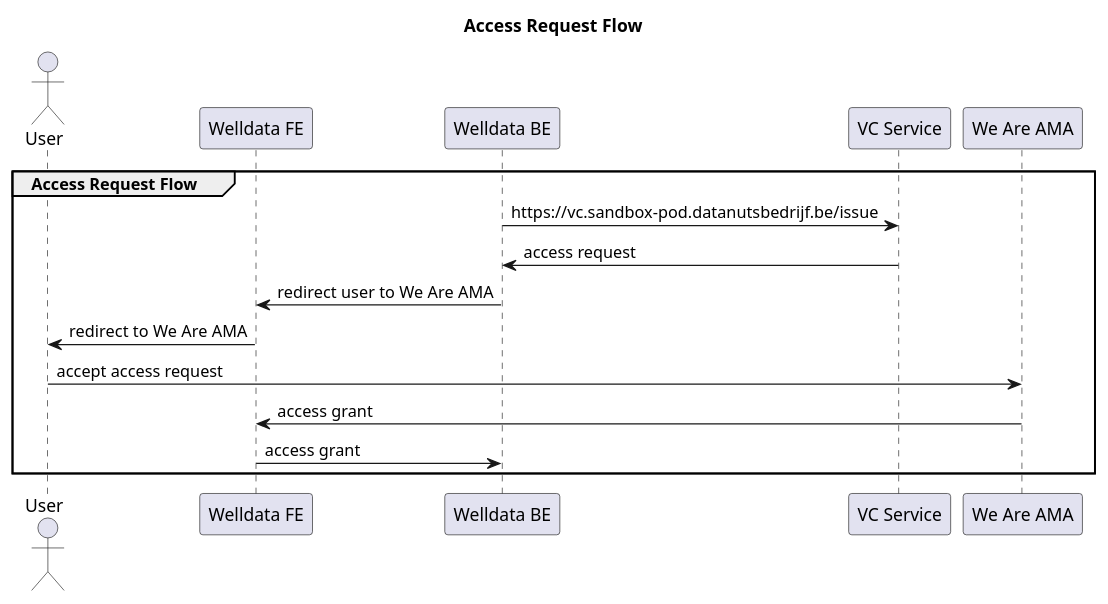
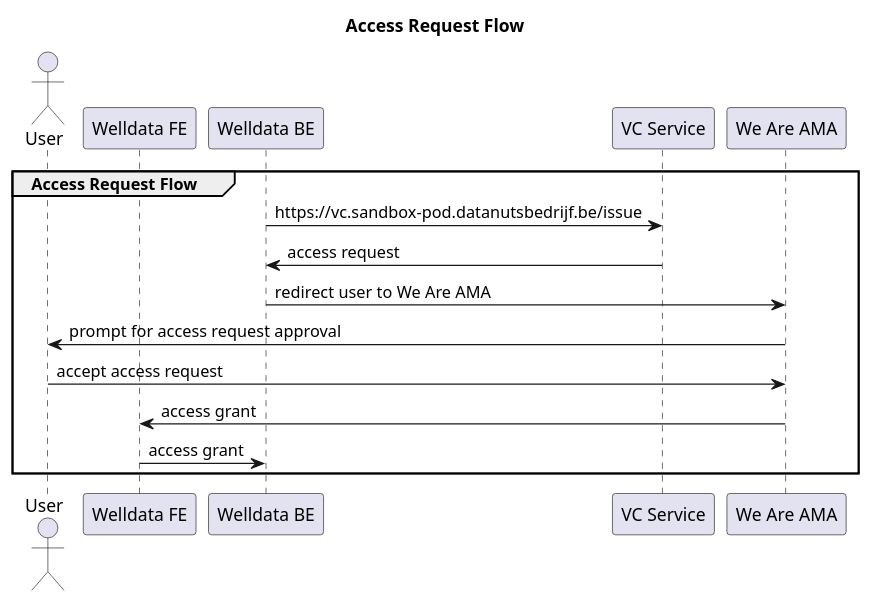
Before and after one commit to GIDSOpenStandaarden/welldata-implementation-guide: the diagram in input/images-source/access-request.plantuml, drawn with PlantUML.

Commit message:
access request flow corrected

```diff
--- a/input/images-source/access-request.plantuml
+++ b/input/images-source/access-request.plantuml
@@ -1,20 +1,20 @@
 @startuml
 title Access Request Flow
 actor "User" as user
 participant "Welldata FE" as welldataFE
 participant "Welldata BE" as welldataBE
 participant "VC Service" as vcservice
 participant "We Are AMA" as weareama
 
 group Access Request Flow
   welldataBE->vcservice: https://vc.sandbox-pod.datanutsbedrijf.be/issue 
   vcservice->welldataBE: access request
-  welldataBE->welldataFE: redirect user to We Are AMA
-  welldataFE->user: redirect to We Are AMA
+  welldataBE->weareama: redirect user to We Are AMA
+  weareama->user: prompt for access request approval
   user->weareama: accept access request
   weareama->welldataFE: access grant
   welldataFE->welldataBE: access grant
 end
  
 
 @enduml
```
